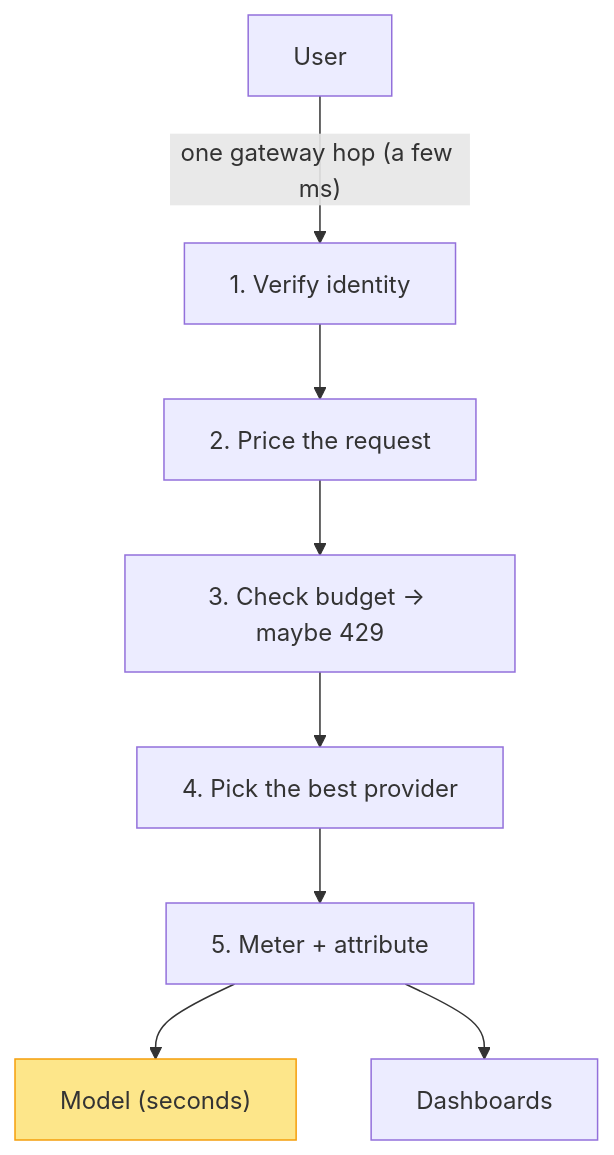
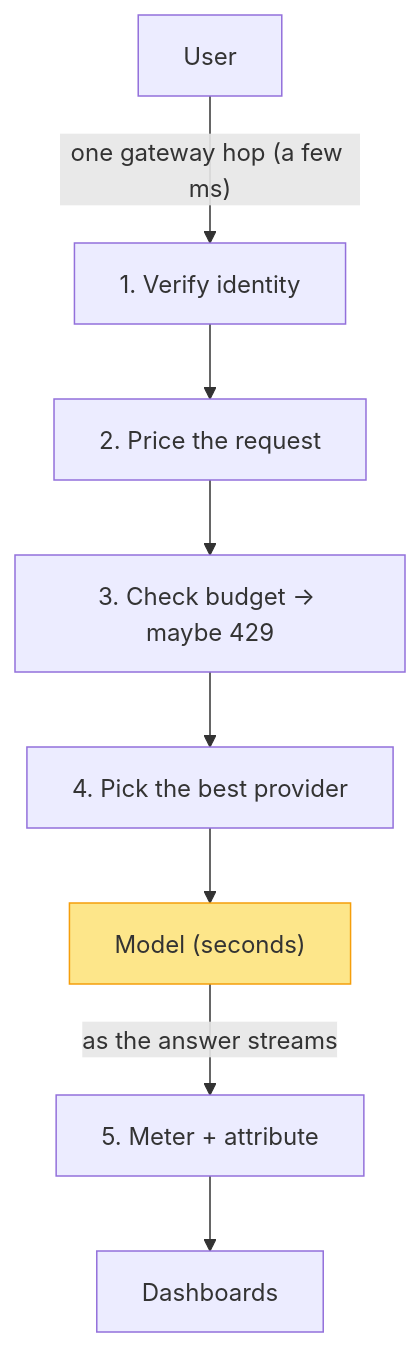
Before and after one commit to WhyThatFunction/ssegning-com: the fifth of 5 diagrams in apps/cms/src/bootstrap/articles/07-everything-everywhere-all-at-once.md, drawn with Mermaid. The commit also changed other lines of this file and 6 other files, not shown here.

````diff
--- a/apps/cms/src/bootstrap/articles/07-everything-everywhere-all-at-once.md
+++ b/apps/cms/src/bootstrap/articles/07-everything-everywhere-all-at-once.md
@@ -170,11 +154,11 @@
 ```mermaid
 flowchart TB
     U[User] -->|"one gateway hop (a few ms)"| J1["1. Verify identity"]
     J1 --> J2["2. Price the request"]
     J2 --> J3["3. Check budget → maybe 429"]
     J3 --> J4["4. Pick the best provider"]
-    J4 --> J5["5. Meter + attribute"]
-    J5 --> M["Model (seconds)"]
+    J4 --> M["Model (seconds)"]
+    M -->|"as the answer streams"| J5["5. Meter + attribute"]
     J5 --> O[Dashboards]
     style M fill:#fde68a,stroke:#f59e0b
 ```
````
